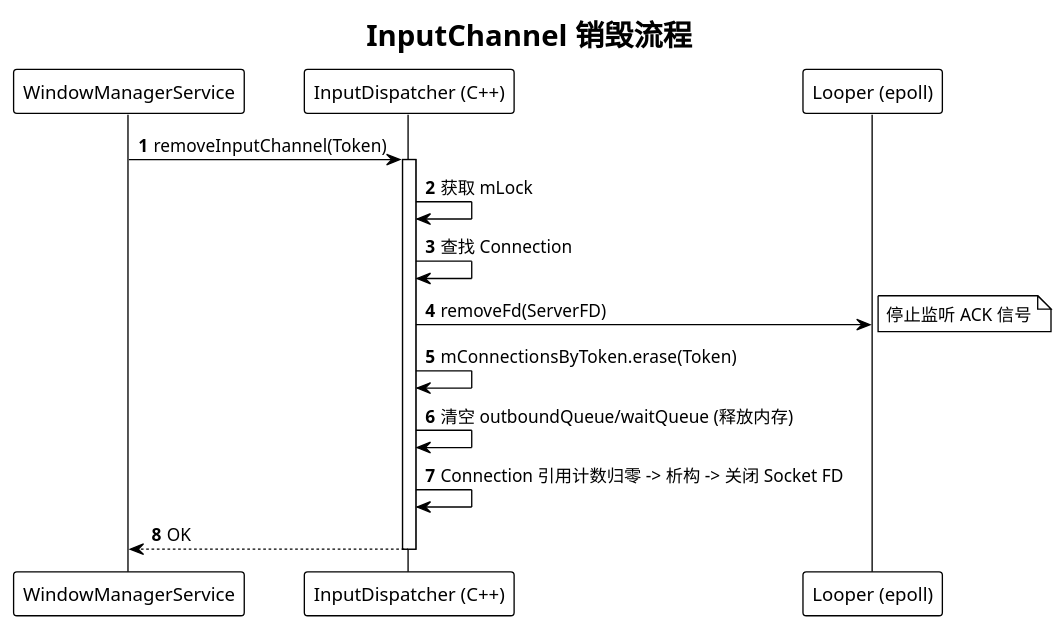
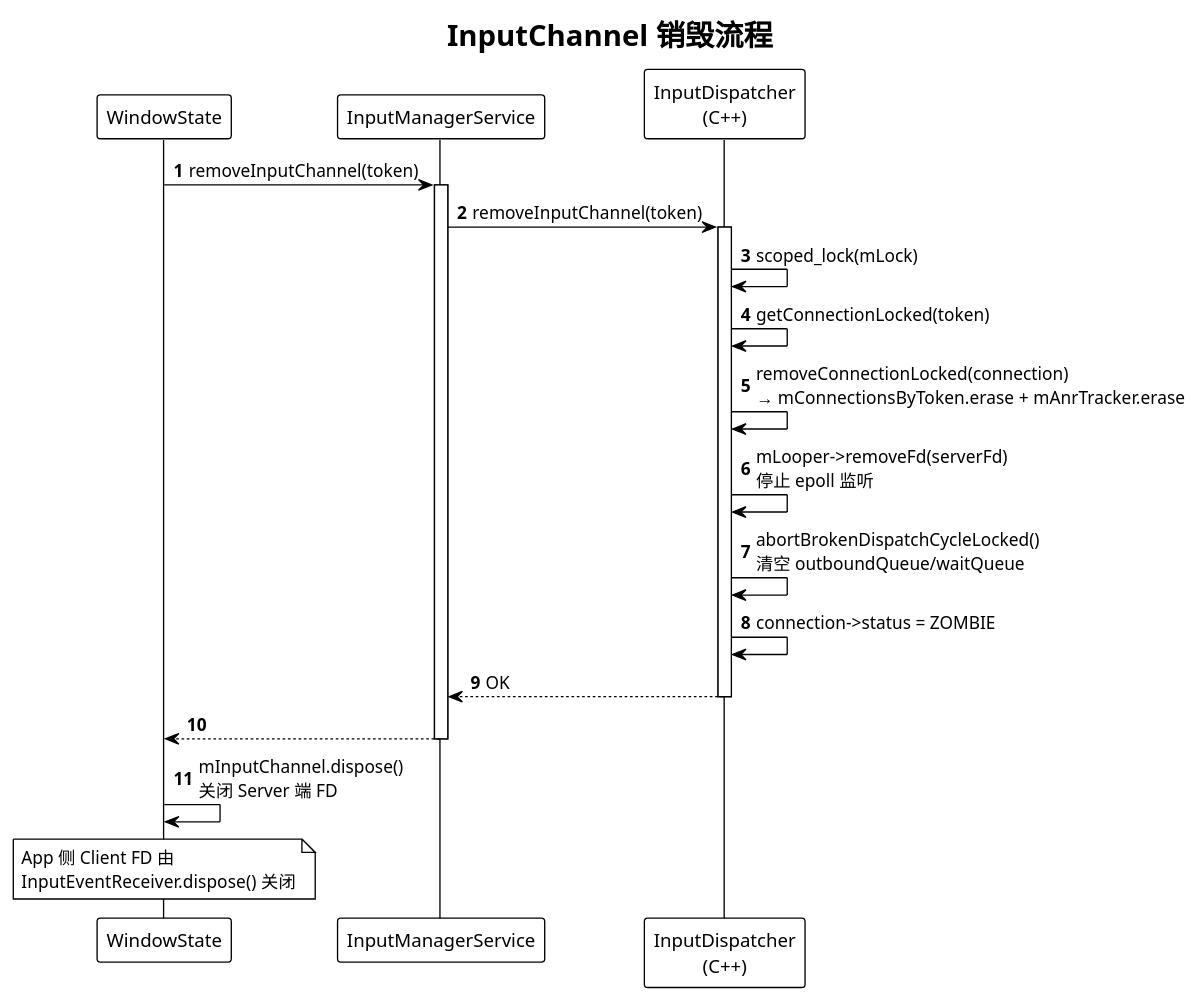
Before and after one commit to Ethen-Cao/ethenslab: the second of 2 diagrams in content/android-dev/windowmanager/inputchannel.md, drawn with PlantUML. The commit also changed other lines of this file and 21 other files, not shown here.

````diff
--- a/content/android-dev/windowmanager/inputchannel.md
+++ b/content/android-dev/windowmanager/inputchannel.md
@@ -182,31 +330,36 @@
 ```plantuml
 @startuml
 !theme plain
 title InputChannel 销毁流程
 
-participant "WindowManagerService" as WMS
-participant "InputDispatcher (C++)" as ID
-participant "Looper (epoll)" as Looper
+participant "WindowState" as WS
+participant "InputManagerService" as IMS
+participant "InputDispatcher\n(C++)" as ID
 
 autonumber
 
-WMS -> ID: removeInputChannel(Token)
+WS -> IMS: removeInputChannel(token)
+activate IMS
+
+IMS -> ID: removeInputChannel(token)
 activate ID
 
-ID -> ID: 获取 mLock
-ID -> ID: 查找 Connection
+ID -> ID: scoped_lock(mLock)
+ID -> ID: getConnectionLocked(token)
+ID -> ID: removeConnectionLocked(connection)\n→ mConnectionsByToken.erase + mAnrTracker.erase
+ID -> ID: mLooper->removeFd(serverFd)\n停止 epoll 监听
+ID -> ID: abortBrokenDispatchCycleLocked()\n清空 outboundQueue/waitQueue
+ID -> ID: connection->status = ZOMBIE
 
-ID -> Looper: removeFd(ServerFD)
-note right: 停止监听 ACK 信号
-
-ID -> ID: mConnectionsByToken.erase(Token)
-ID -> ID: 清空 outboundQueue/waitQueue (释放内存)
-
-ID -> ID: Connection 引用计数归零 -> 析构 -> 关闭 Socket FD
-
-ID --> WMS: OK
+ID --> IMS: OK
 deactivate ID
 
+IMS --> WS
+deactivate IMS
+
+WS -> WS: mInputChannel.dispose()\n关闭 Server 端 FD
+
+note over WS: App 侧 Client FD 由\nInputEventReceiver.dispose() 关闭
+
 @enduml
-
 ```
````
